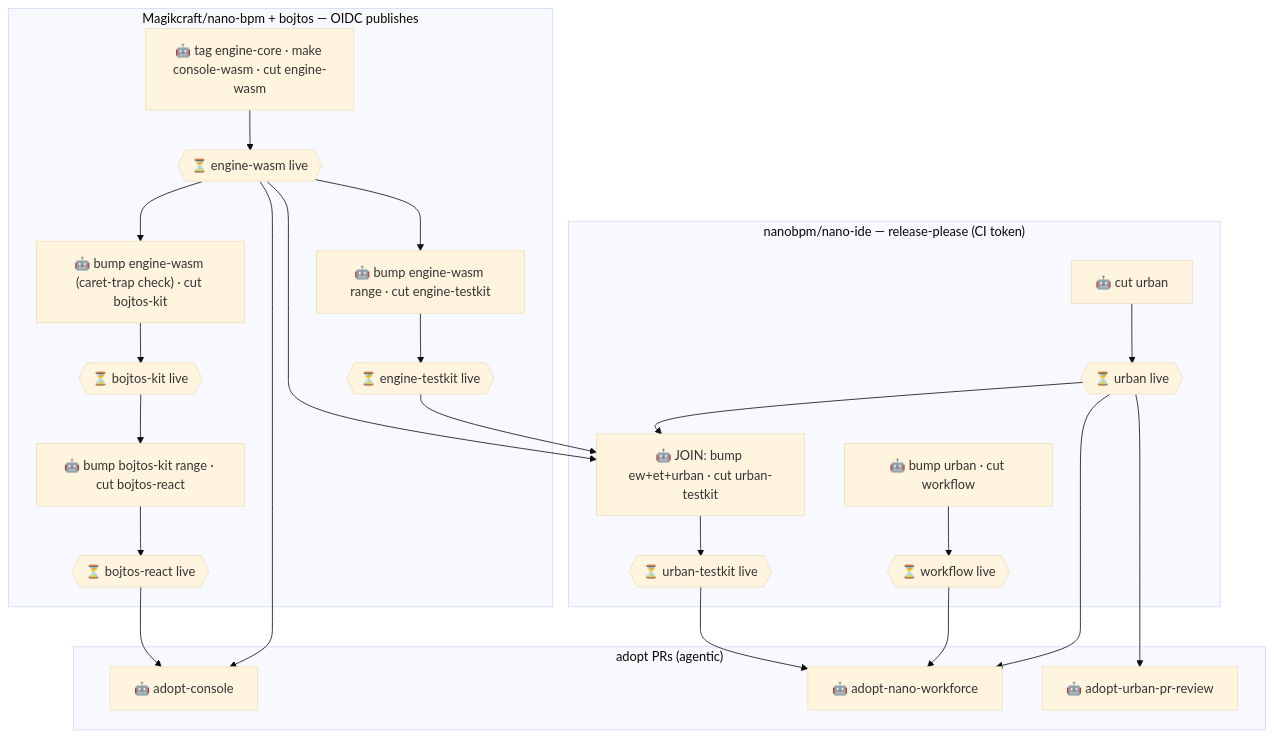
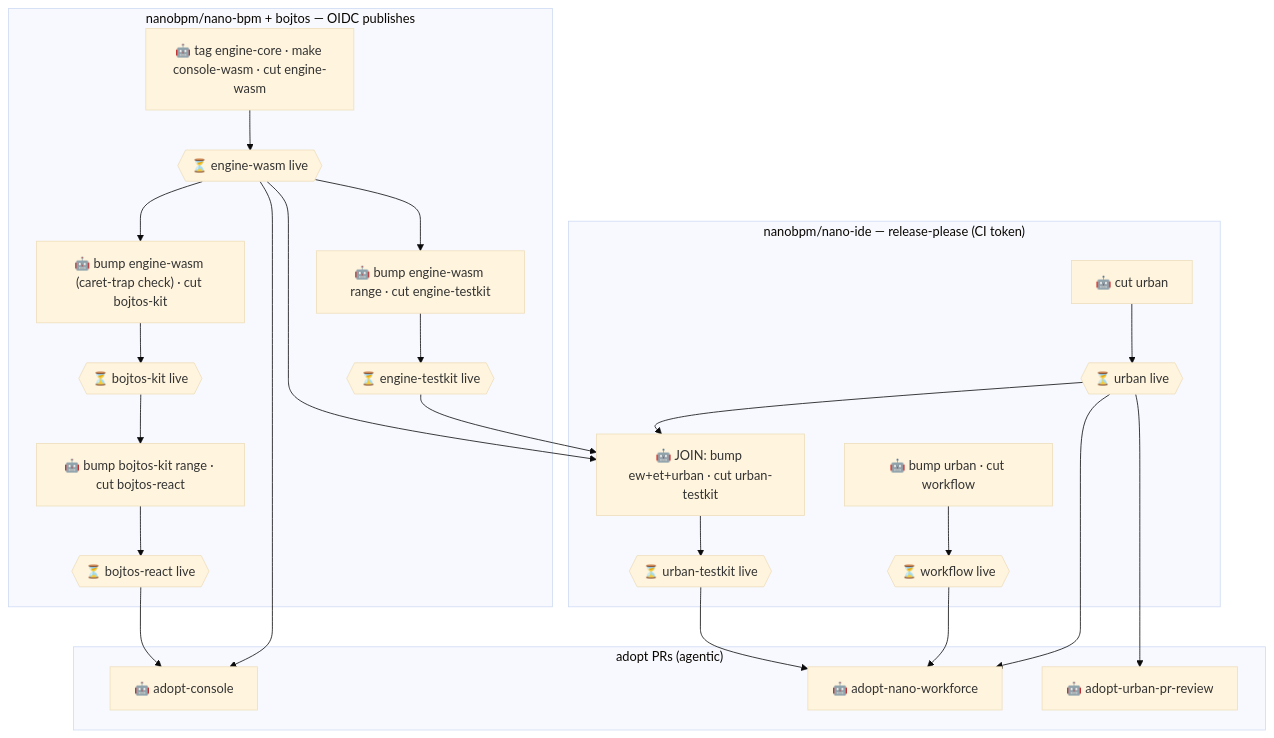
One commit to nanobpm/wasm-engine-release-graph changed the diagram in README.md. Above: the diagram before and after it, drawn with Mermaid (base theme). The commit also changed other lines of this file and 1 other file, not shown here.

Commit message:
chore: point engine nodes at nanobpm/nano-bpm (#3)

````diff
--- a/README.md
+++ b/README.md
@@ -61,31 +61,31 @@
 ```mermaid
 flowchart TD
-  subgraph engine_bojtos["Magikcraft/nano-bpm + bojtos — OIDC publishes"]
+  subgraph engine_bojtos["nanobpm/nano-bpm + bojtos — OIDC publishes"]
     ew-release["🤖 tag engine-core · make console-wasm · cut engine-wasm"] --> ew-live{{"⏳ engine-wasm live"}}
     et-release["🤖 bump engine-wasm range · cut engine-testkit"] --> et-live{{"⏳ engine-testkit live"}}
     bk-release["🤖 bump engine-wasm (caret-trap check) · cut bojtos-kit"] --> bk-live{{"⏳ bojtos-kit live"}}
     br-release["🤖 bump bojtos-kit range · cut bojtos-react"] --> br-live{{"⏳ bojtos-react live"}}
   end
   subgraph urban_train["nanobpm/nano-ide — release-please (CI token)"]
     urban-release["🤖 cut urban"] --> urban-live{{"⏳ urban live"}}
     wf-bump["🤖 bump urban · cut workflow"] --> wf-live{{"⏳ workflow live"}}
     ut-bump["🤖 JOIN: bump ew+et+urban · cut urban-testkit"] --> ut-live{{"⏳ urban-testkit live"}}
   end
   subgraph sinks["adopt PRs (agentic)"]
     adopt-console["🤖 adopt-console"]
     adopt-nwf["🤖 adopt-nano-workforce"]
     adopt-upr["🤖 adopt-urban-pr-review"]
   end
   ew-live --> et-release
   ew-live --> bk-release
   bk-live --> br-release
   ew-live --> ut-bump
   et-live --> ut-bump
   urban-live --> ut-bump
   br-live --> adopt-console
   ew-live --> adopt-console
   ut-live --> adopt-nwf
   wf-live --> adopt-nwf
   urban-live --> adopt-nwf
   urban-live --> adopt-upr
 ```
````
